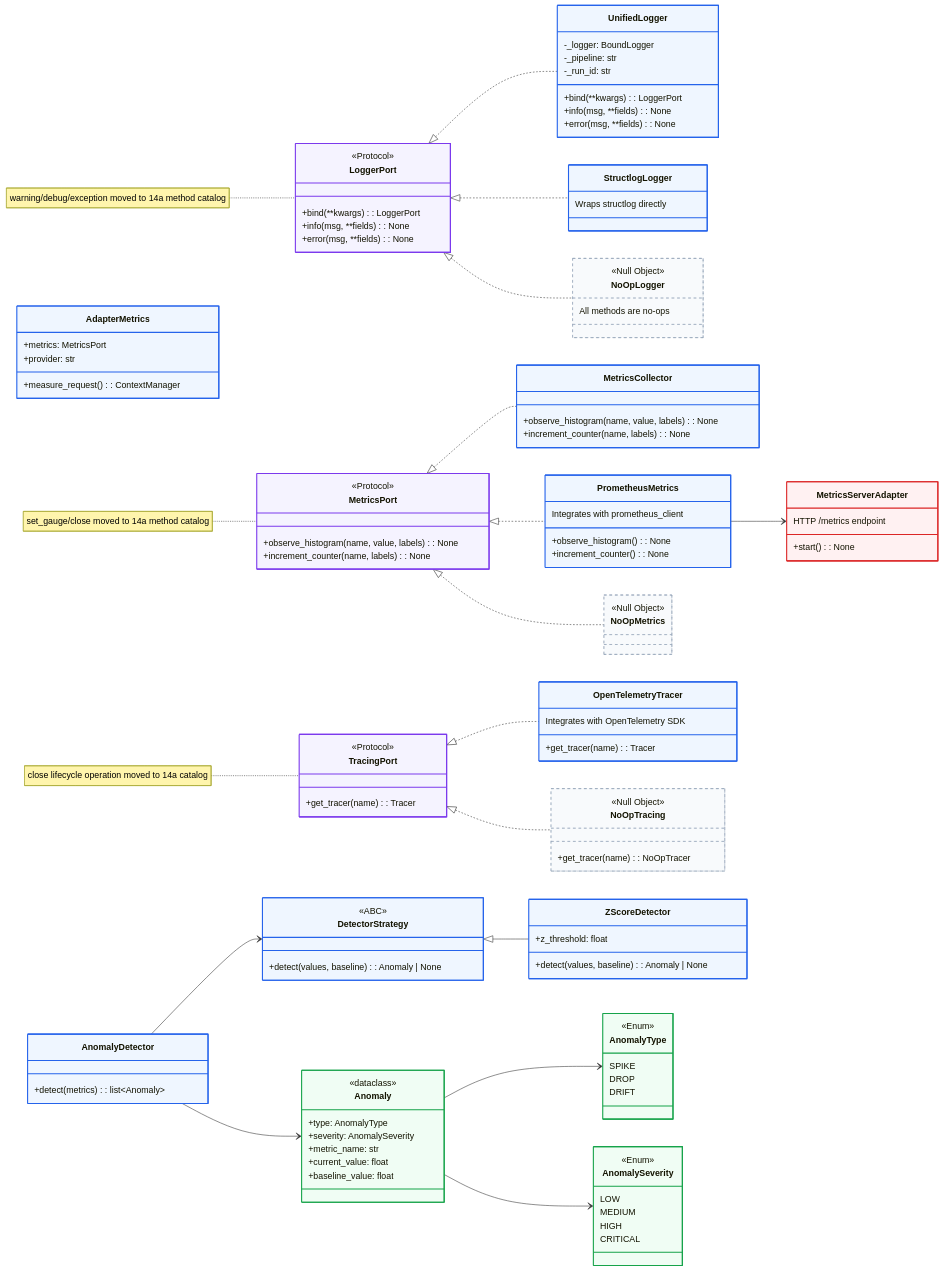
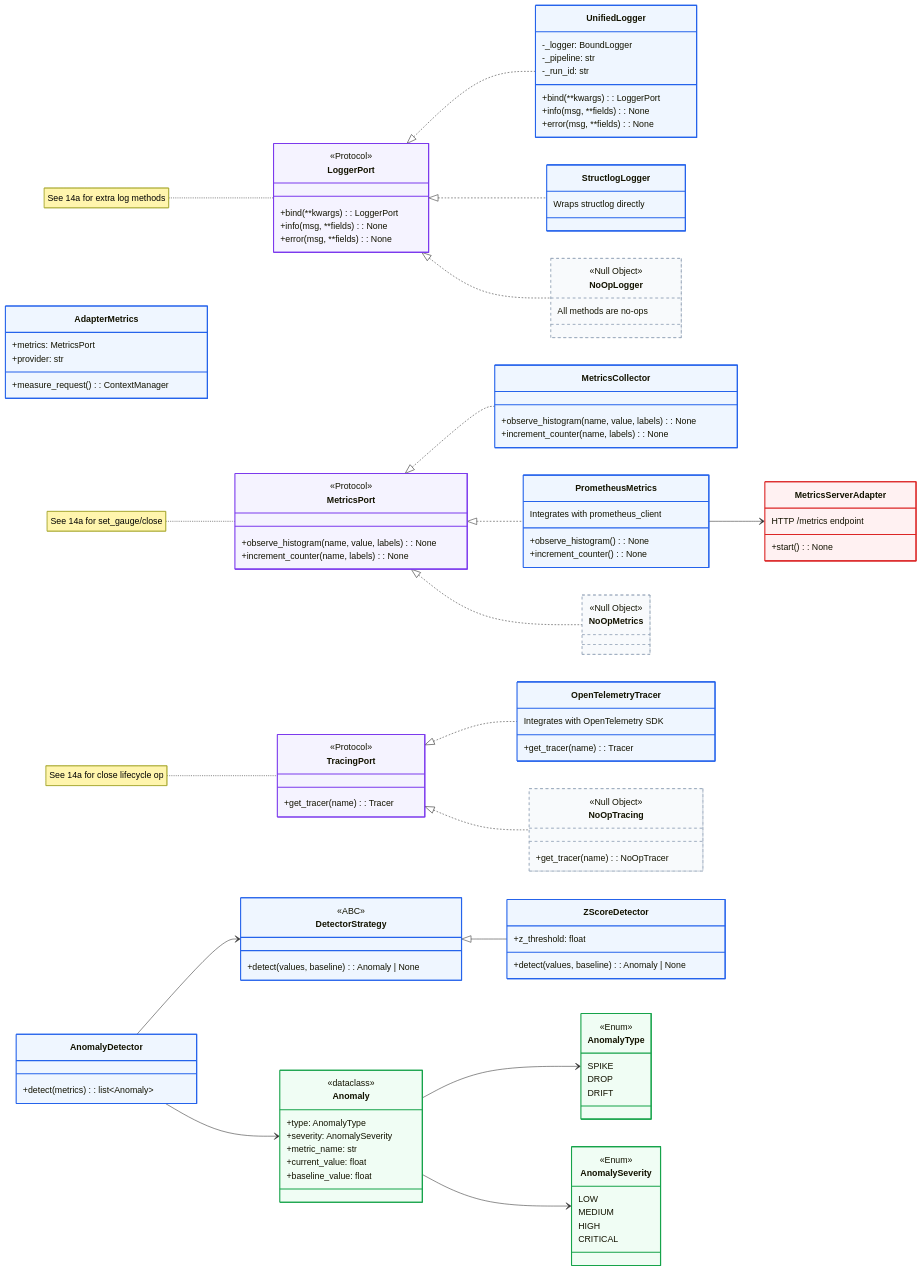
The diagram in docs/02-architecture/mmd-diagrams/class-diagrams/14-observability.mmd (SatoryKono/BioactivityDataAcquisition), drawn with Mermaid before and after one commit. The commit also changed 12 other files, not shown here.

```diff
--- a/docs/02-architecture/mmd-diagrams/class-diagrams/14-observability.mmd
+++ b/docs/02-architecture/mmd-diagrams/class-diagrams/14-observability.mmd
@@ -242,9 +242,9 @@
     Anomaly --> AnomalyType
     Anomaly --> AnomalySeverity
 
-    note for LoggerPort "warning/debug/exception moved to 14a method catalog"
-    note for MetricsPort "set_gauge/close moved to 14a method catalog"
-    note for TracingPort "close lifecycle operation moved to 14a catalog"
+    note for LoggerPort "See 14a for extra log methods"
+    note for MetricsPort "See 14a for set_gauge/close"
+    note for TracingPort "See 14a for close lifecycle op"
 
     style LoggerPort fill:#f5f3ff,stroke:#7c3aed,stroke-width:2px
     style MetricsPort fill:#f5f3ff,stroke:#7c3aed,stroke-width:2px
```
